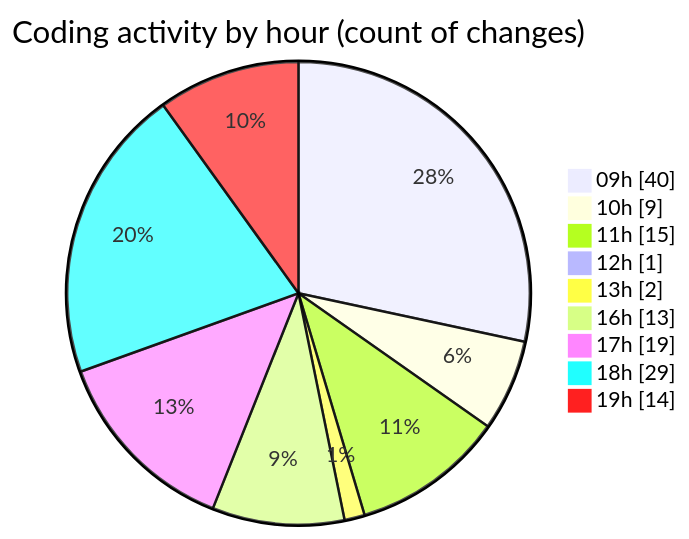
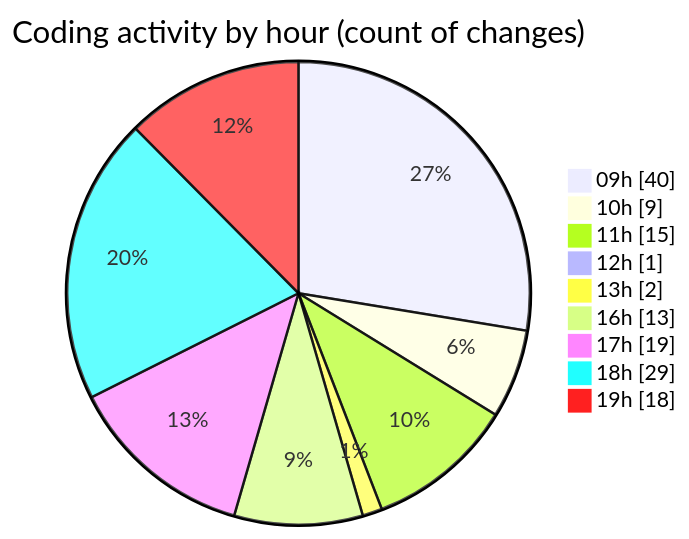
Before and after one commit to momahboobian/code-tracking: the second of 2 diagrams in 2026-06-15/cda/README.md, drawn with Mermaid. The commit also changed other lines of this file and 1 other file, not shown here.

````diff
--- a/2026-06-15/cda/README.md
+++ b/2026-06-15/cda/README.md
@@ -81,13 +81,13 @@
 ```mermaid
 pie showData
 title Coding activity by hour (count of changes)
 "09h" : 40
 "10h" : 9
 "11h" : 15
 "12h" : 1
 "13h" : 2
 "16h" : 13
 "17h" : 19
 "18h" : 29
-"19h" : 14
+"19h" : 18
 ```
````
